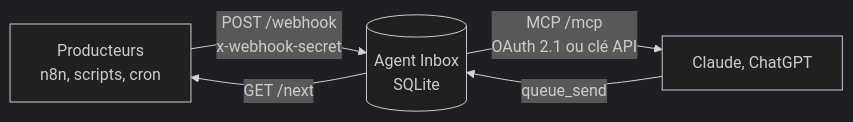
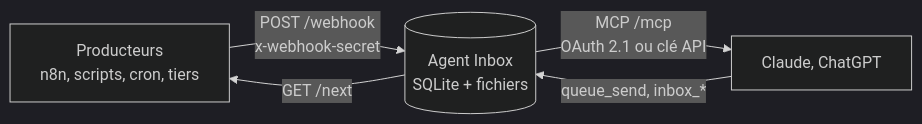
Before and after one commit to KlevisGolemi/agent-inbox: the diagram in README.md, drawn with Mermaid (dark theme). The commit also changed other lines of this file and 13 other files, not shown here.

````diff
--- a/README.md
+++ b/README.md
@@ -28,7 +28,7 @@
 ```mermaid
 flowchart LR
-  P["Producteurs<br/>n8n, scripts, cron"] -- "POST /webhook<br/>x-webhook-secret" --> Q[("Agent Inbox<br/>SQLite")]
+  P["Producteurs<br/>n8n, scripts, cron, tiers"] -- "POST /webhook<br/>x-webhook-secret" --> Q[("Agent Inbox<br/>SQLite + fichiers")]
   Q -- "MCP /mcp<br/>OAuth 2.1 ou clé API" --> A["Claude, ChatGPT"]
-  A -- "queue_send" --> Q
+  A -- "queue_send, inbox_*" --> Q
   Q -- "GET /next" --> P
 ```
````
